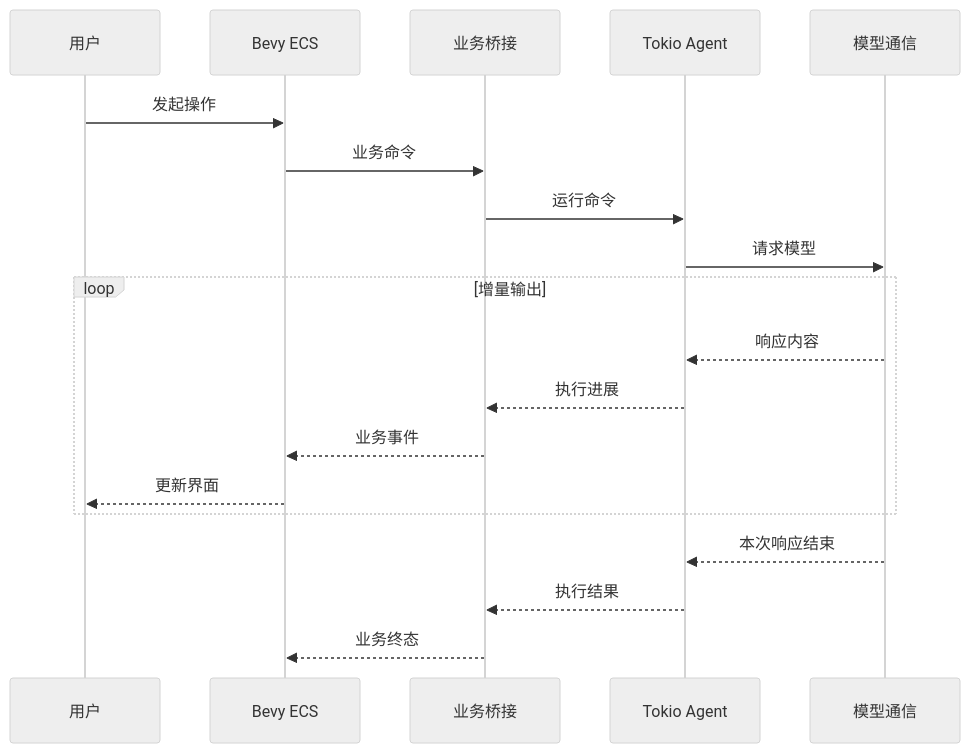
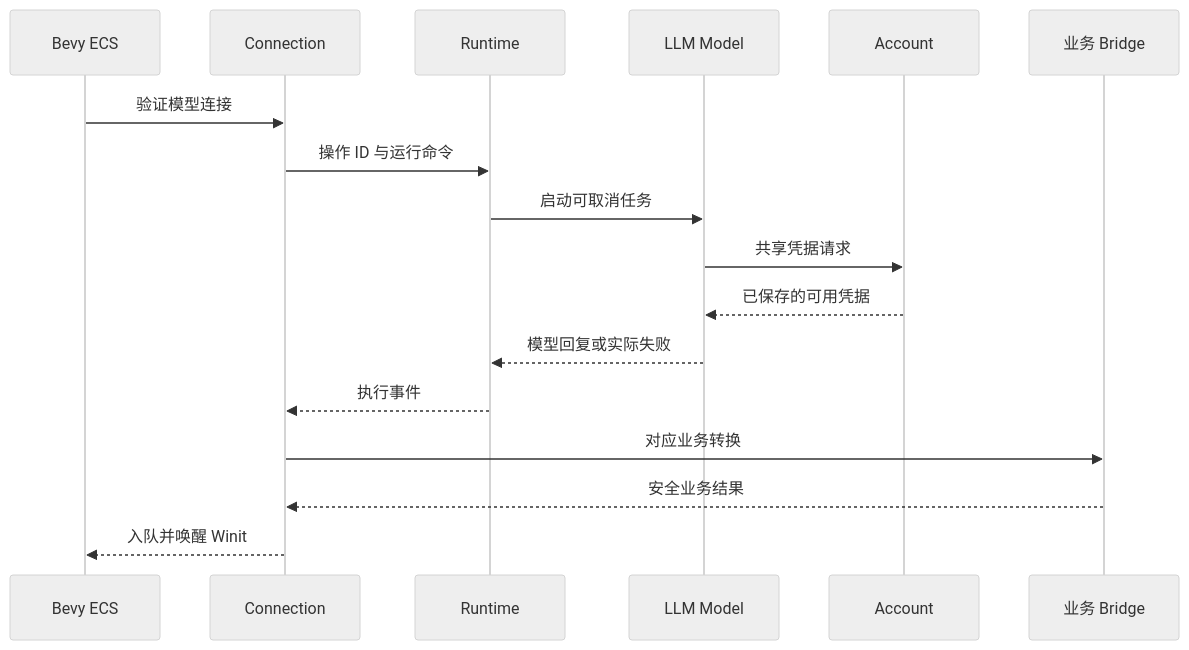
Before and after one commit to slc90/Agentelier: the second of 3 diagrams in docs/design/architecture.md, drawn with Mermaid (neutral theme). The commit also changed other lines of this file and 69 other files, not shown here.

First line of the commit message:
Separate UI, agent and bridge responsibilities and revise engineering rules

````diff
--- a/docs/design/architecture.md
+++ b/docs/design/architecture.md
@@ -100,21 +79,19 @@
 ```mermaid
 sequenceDiagram
-    participant User as 用户
     participant UI as Bevy ECS
-    participant Bridge as 业务桥接
-    participant Agent as Tokio Agent
-    participant Model as 模型通信
-    User->>UI: 发起操作
-    UI->>Bridge: 业务命令
-    Bridge->>Agent: 运行命令
-    Agent->>Model: 请求模型
-    loop 增量输出
-        Model-->>Agent: 响应内容
-        Agent-->>Bridge: 执行进展
-        Bridge-->>UI: 业务事件
-        UI-->>User: 更新界面
-    end
-    Model-->>Agent: 本次响应结束
-    Agent-->>Bridge: 执行结果
-    Bridge-->>UI: 业务终态
+    participant C as Connection
+    participant R as Runtime
+    participant M as LLM Model
+    participant A as Account
+    participant B as 业务 Bridge
+    UI->>C: 验证模型连接
+    C->>R: 操作 ID 与运行命令
+    R->>M: 启动可取消任务
+    M->>A: 共享凭据请求
+    A-->>M: 已保存的可用凭据
+    M-->>R: 模型回复或实际失败
+    R-->>C: 执行事件
+    C->>B: 对应业务转换
+    B-->>C: 安全业务结果
+    C-->>UI: 入队并唤醒 Winit
 ```
````
